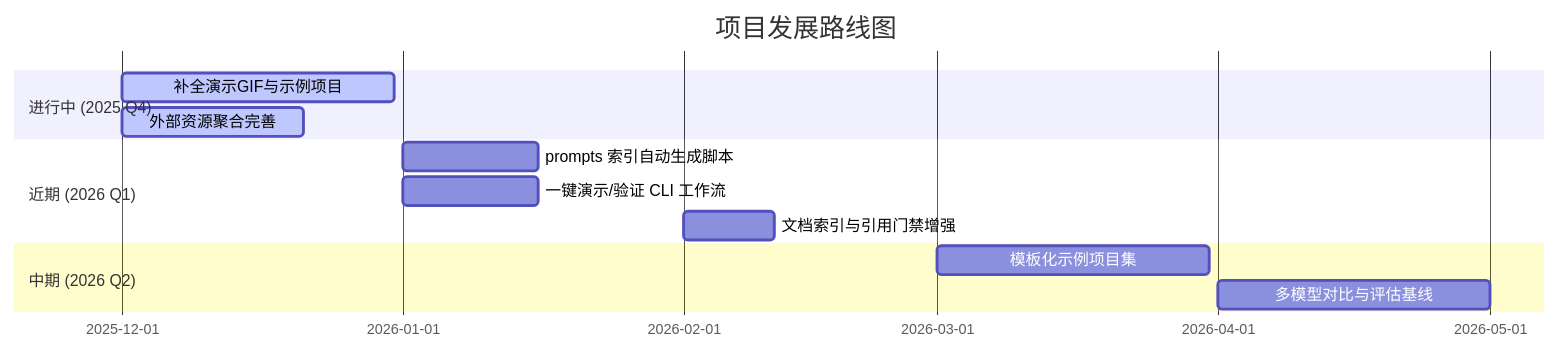
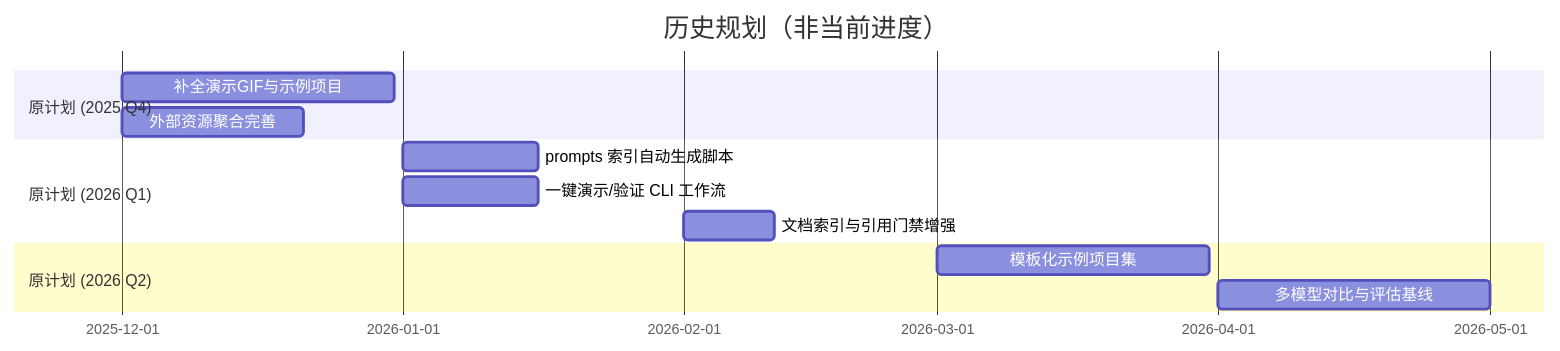
Before and after one commit to iTanX/vibe-coding-cn: the second of 2 diagrams in README.md, drawn with Mermaid. The commit also changed other lines of this file and 1 other file, not shown here.

Commit message:
fix: readme - repair diagram rendering and archive old schedule (#145)

````diff
--- a/README.md
+++ b/README.md
@@ -316,15 +319,15 @@
 ```mermaid
 gantt
-    title 项目发展路线图
+    title 历史规划（非当前进度）
     dateFormat YYYY-MM
-    section 进行中 (2025 Q4)
-    补全演示GIF与示例项目: active, 2025-12, 30d
-    外部资源聚合完善: active, 2025-12, 20d
-    section 近期 (2026 Q1)
+    section 原计划 (2025 Q4)
+    补全演示GIF与示例项目: 2025-12, 30d
+    外部资源聚合完善: 2025-12, 20d
+    section 原计划 (2026 Q1)
     prompts 索引自动生成脚本: 2026-01, 15d
     一键演示/验证 CLI 工作流: 2026-01, 15d
     文档索引与引用门禁增强: 2026-02, 10d
-    section 中期 (2026 Q2)
+    section 原计划 (2026 Q2)
     模板化示例项目集: 2026-03, 30d
     多模型对比与评估基线: 2026-04, 30d
 ```
````
